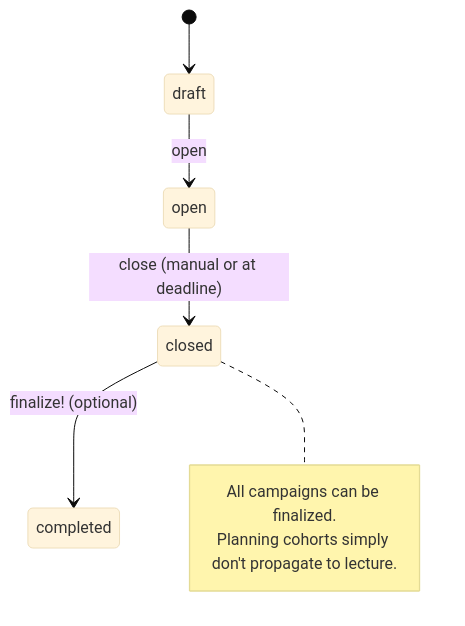
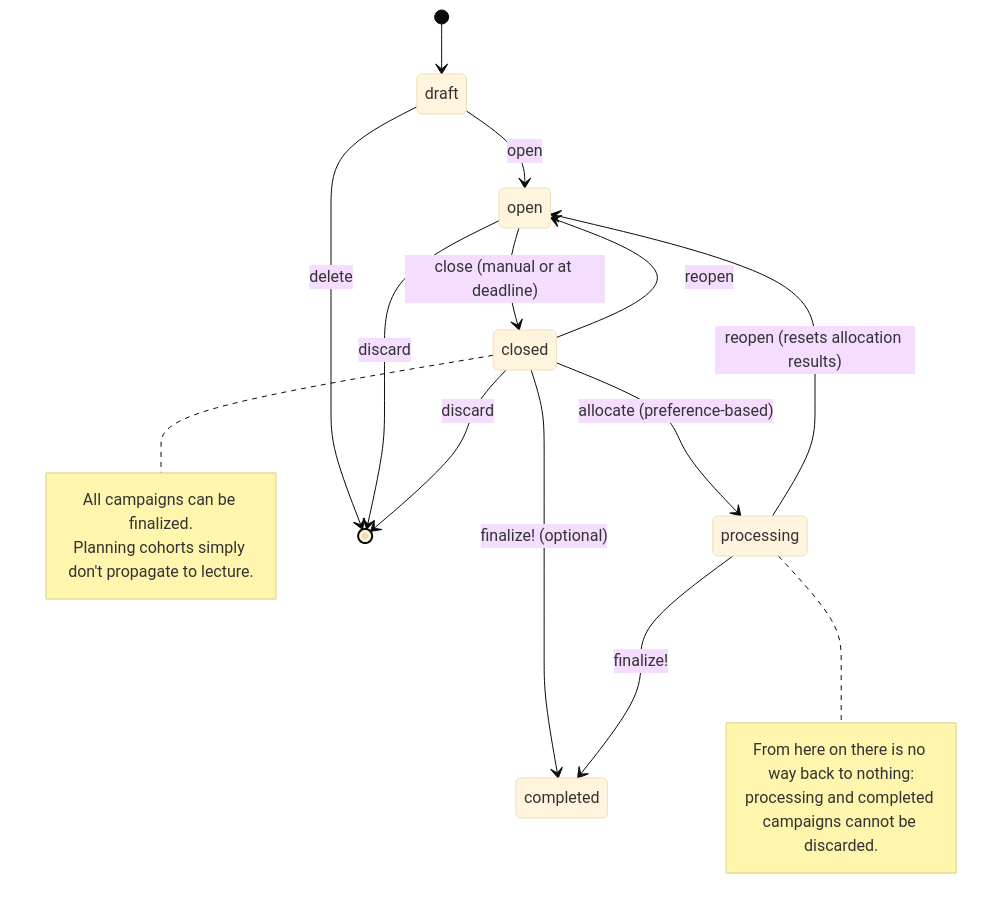
Before and after one commit to MaMpf-HD/mampf: the first of 6 diagrams in architecture/src/features/02-registration.md, drawn with Mermaid (base theme). The commit also changed other lines of this file and 2 other files, not shown here.

First line of the commit message:
Record the deletion rules for campaigns and groups in the book

````diff
--- a/architecture/src/features/02-registration.md
+++ b/architecture/src/features/02-registration.md
@@ -1373,12 +1439,24 @@
 ```mermaid
 stateDiagram-v2
     [*] --> draft
     draft --> open: open
     open --> closed: close (manual or at deadline)
+    closed --> open: reopen
+    closed --> processing: allocate (preference-based)
+    processing --> open: reopen (resets allocation results)
     closed --> completed: finalize! (optional)
+    processing --> completed: finalize!
+    draft --> [*]: delete
+    open --> [*]: discard
+    closed --> [*]: discard
 
     note right of closed
         All campaigns can be finalized.
         Planning cohorts simply don't propagate to lecture.
     end note
+
+    note right of processing
+        From here on there is no way back to nothing:
+        processing and completed campaigns cannot be discarded.
+    end note
 ```
````
